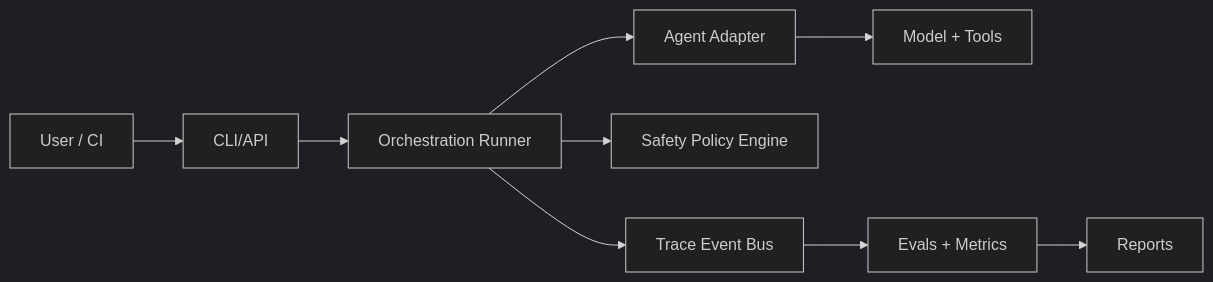
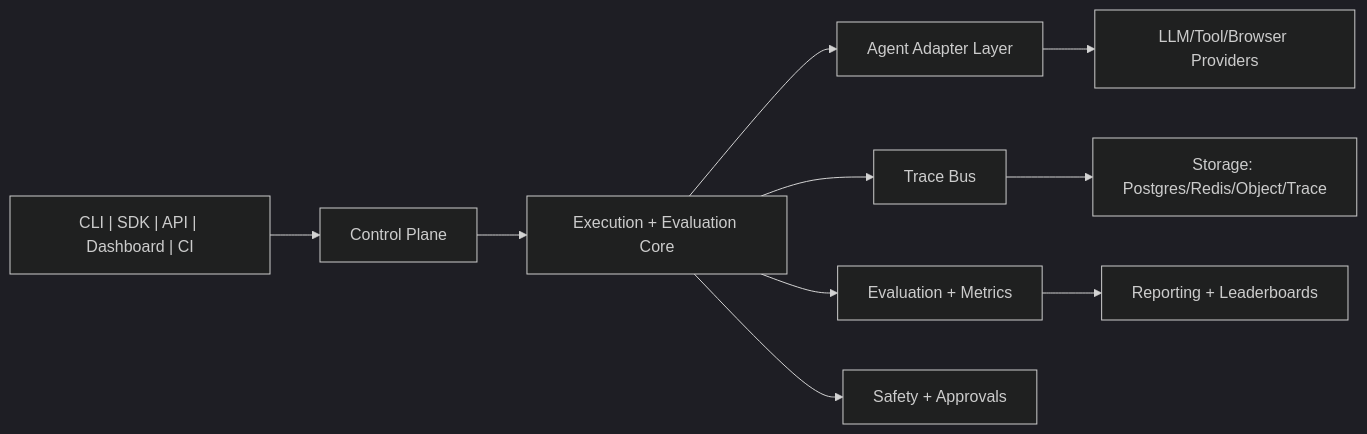
The diagram in README.md (reiidoda/OpenRe), drawn with Mermaid (dark theme) before and after one commit. The commit also changed other lines of this file and 40 other files, not shown here.

Commit message:
docs(product): align OpenRe vision, roadmap, and execution plan

````diff
--- a/README.md
+++ b/README.md
@@ -40,11 +60,12 @@
 ```mermaid
 flowchart LR
-  U["User / CI"] --> CLI["CLI/API"]
-  CLI --> O["Orchestration Runner"]
-  O --> A["Agent Adapter"]
-  O --> S["Safety Policy Engine"]
-  O --> T["Trace Event Bus"]
-  A --> M["Model + Tools"]
-  T --> E["Evals + Metrics"]
-  E --> R["Reports"]
+  UI["CLI | SDK | API | Dashboard | CI"] --> CP["Control Plane"]
+  CP --> CORE["Execution + Evaluation Core"]
+  CORE --> AR["Agent Adapter Layer"]
+  CORE --> TR["Trace Bus"]
+  CORE --> EV["Evaluation + Metrics"]
+  CORE --> SA["Safety + Approvals"]
+  EV --> RP["Reporting + Leaderboards"]
+  AR --> EXT["LLM/Tool/Browser Providers"]
+  TR --> ST["Storage: Postgres/Redis/Object/Trace"]
 ```
````
